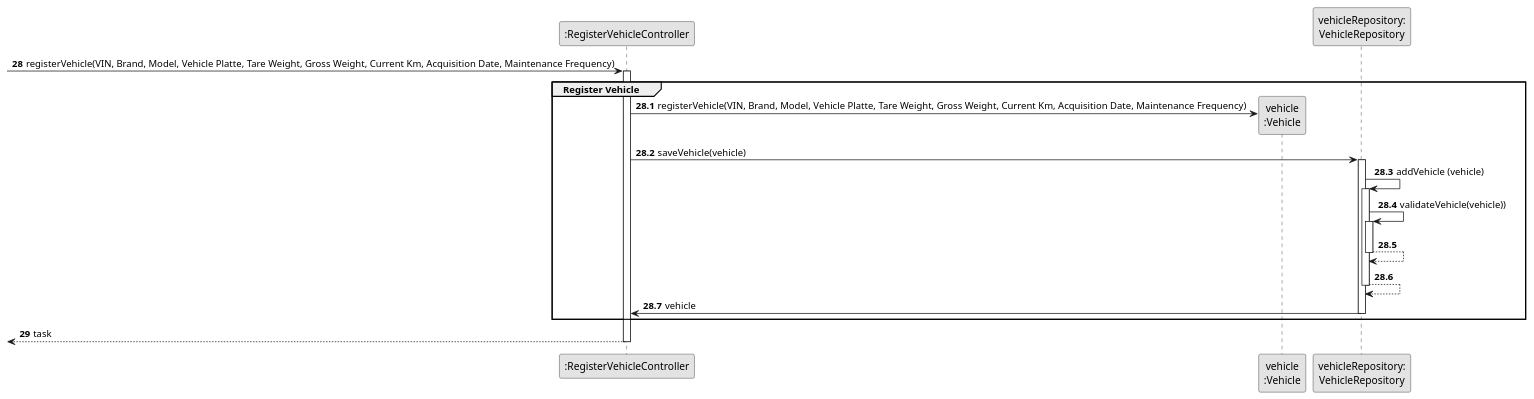
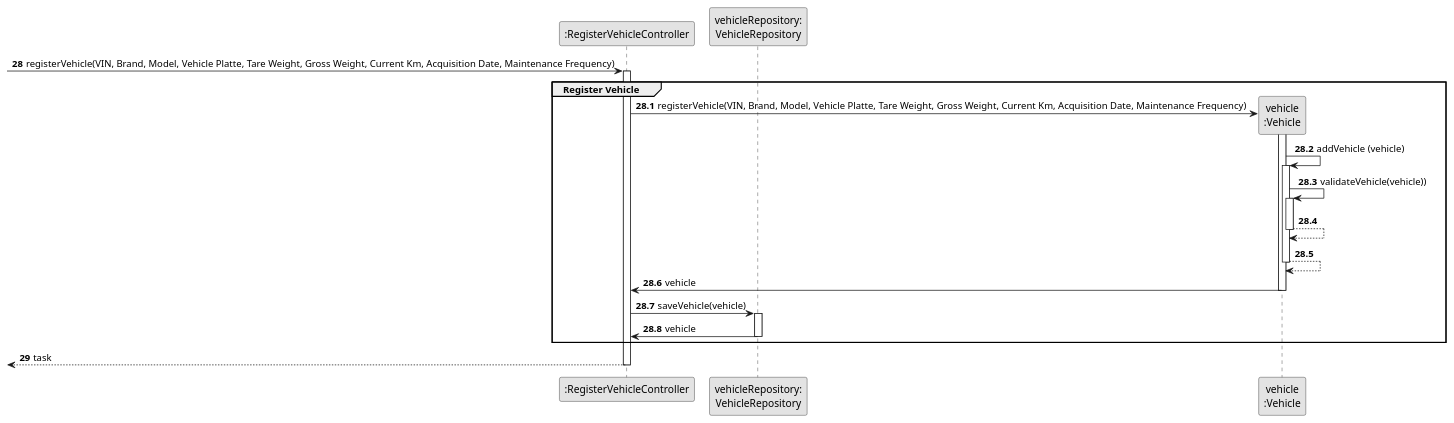
One commit to ricardomm7/leaflink changed the diagram in docs/sprintB/us006/03.design/puml/us006-sequence-diagram-partial-register-vehicle.puml. Above: the diagram before and after it, drawn with PlantUML. The commit also changed 16 other files, not shown here.

```diff
--- a/docs/sprintB/us006/03.design/puml/us006-sequence-diagram-partial-register-vehicle.puml
+++ b/docs/sprintB/us006/03.design/puml/us006-sequence-diagram-partial-register-vehicle.puml
@@ -1,44 +1,48 @@
 @startuml
 skinparam monochrome true
 skinparam packageStyle rectangle
 skinparam shadowing false
 
 participant ":RegisterVehicleController" as CTRL
+participant "vehicleRepository:\nVehicleRepository" as VehicleRepository
 participant "vehicle\n:Vehicle" as VEI
-participant "vehicleRepository:\nVehicleRepository" as VehicleRepository
 
 autonumber 28
 -> CTRL : registerVehicle(VIN, Brand, Model, Vehicle Platte, Tare Weight, Gross Weight, Current Km, Acquisition Date, Maintenance Frequency)
 
 autonumber 28.1
 activate CTRL
     group Register Vehicle
 
-        CTRL -> VEI**: registerVehicle(VIN, Brand, Model, Vehicle Platte, Tare Weight, Gross Weight, Current Km, Acquisition Date, Maintenance Frequency)
+          CTRL -> VEI**: registerVehicle(VIN, Brand, Model, Vehicle Platte, Tare Weight, Gross Weight, Current Km, Acquisition Date, Maintenance Frequency)
+          activate VEI
+
+            VEI -> VEI: addVehicle (vehicle)
+            activate VEI
+
+                VEI -> VEI: validateVehicle(vehicle))
+                activate VEI
+
+                VEI --> VEI
+                deactivate VEI
+
+                VEI --> VEI
+                deactivate VEI
+
+            VEI -> CTRL: vehicle
+            deactivate VEI
 
             CTRL -> VehicleRepository : saveVehicle(vehicle)
             activate VehicleRepository
 
-                VehicleRepository -> VehicleRepository: addVehicle (vehicle)
-                activate VehicleRepository
-
-                VehicleRepository -> VehicleRepository: validateVehicle(vehicle))
-                activate VehicleRepository
-
-                VehicleRepository --> VehicleRepository
-                deactivate VehicleRepository
-
-                VehicleRepository --> VehicleRepository
-                deactivate VehicleRepository
-
-            VehicleRepository -> CTRL: vehicle
-            deactivate VehicleRepository
+          VehicleRepository -> CTRL: vehicle
+          deactivate VehicleRepository
 
     end
 
     autonumber 29
     <-- CTRL : task
 deactivate CTRL
 
 
 @enduml
```
